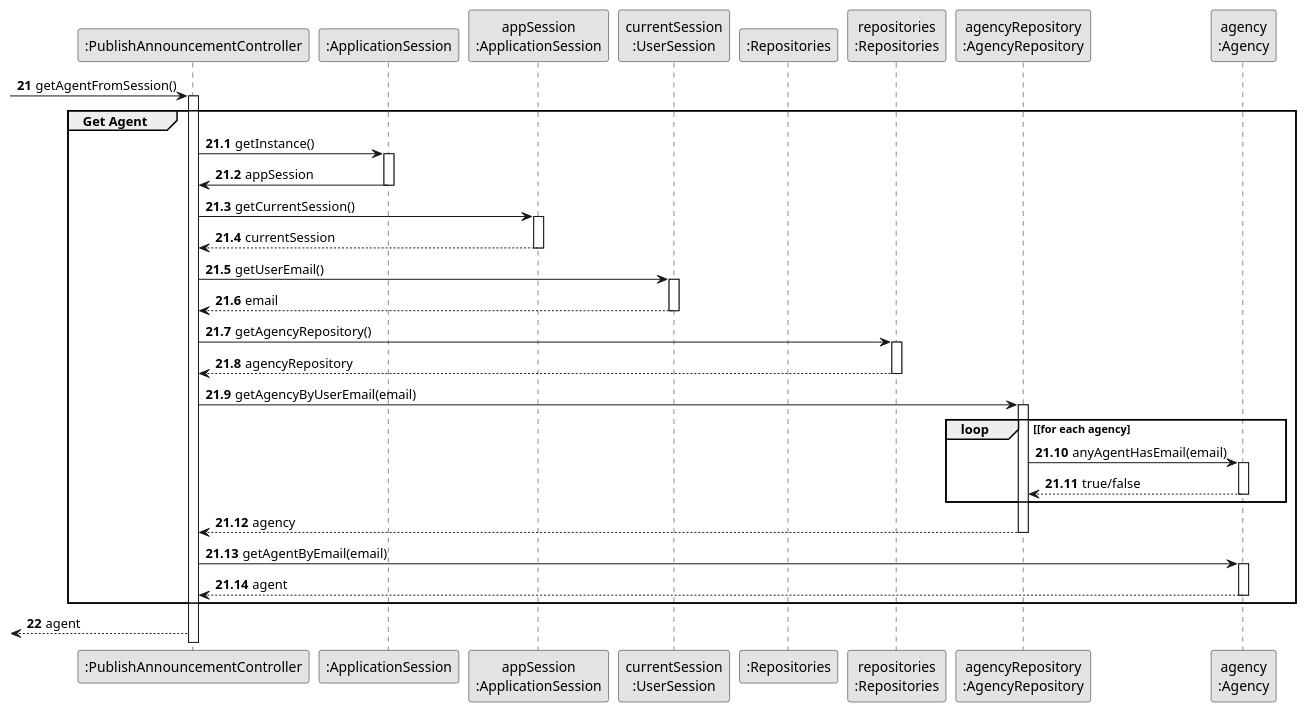
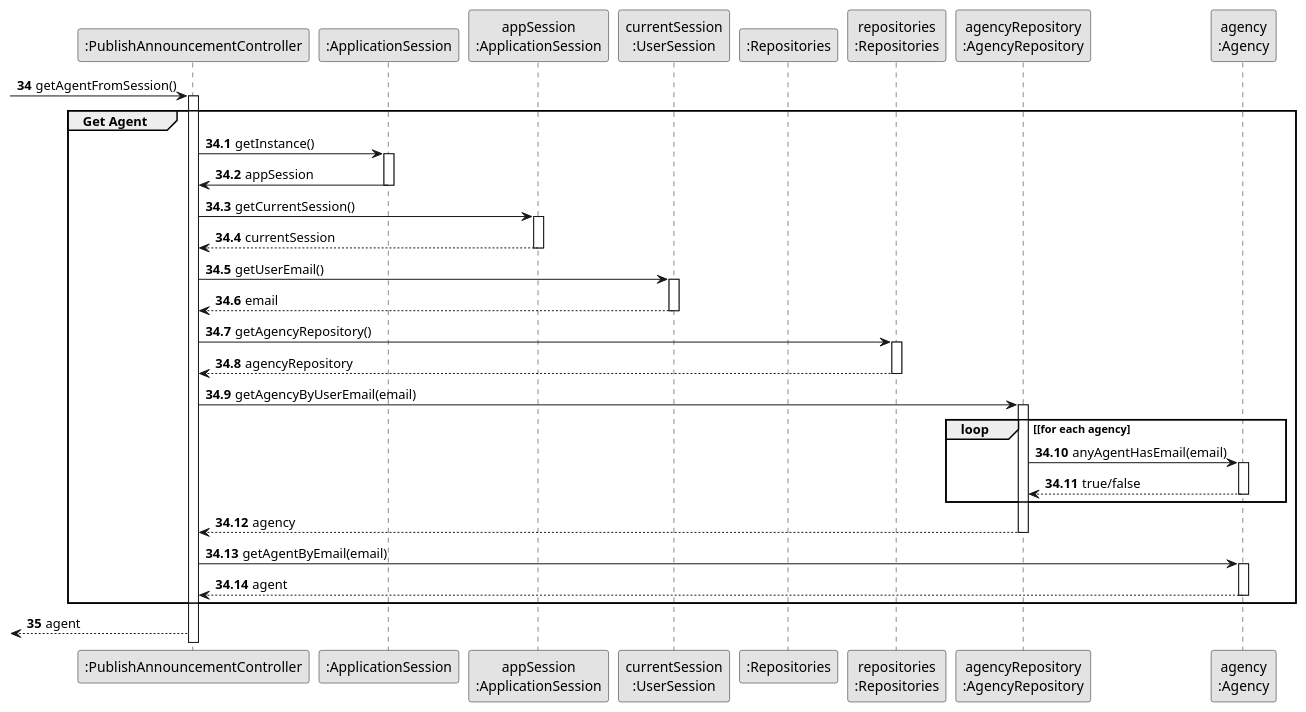
Before and after one commit to rita-barbosa/LAPR2-2223: the diagram in docs/sprintB/us002/03.design/puml/us002-sequence-diagram-partial-get-agent.puml, drawn with PlantUML. The commit also changed 8 other files, not shown here.

Commit message:
Update of sequence diagrams [US002][Design]

```diff
--- a/docs/sprintB/us002/03.design/puml/us002-sequence-diagram-partial-get-agent.puml
+++ b/docs/sprintB/us002/03.design/puml/us002-sequence-diagram-partial-get-agent.puml
@@ -1,81 +1,81 @@
 @startuml
 skinparam monochrome true
 skinparam packageStyle rectangle
 skinparam shadowing false\
 
 
 
 participant ":PublishAnnouncementController" as CTRL
 participant ":ApplicationSession" as _APP
 participant "appSession\n:ApplicationSession" as APP
 participant "currentSession\n:UserSession" as SESSION
 participant ":Repositories" as RepositorySingleton
 participant "repositories\n:Repositories" as PLAT
 participant "agencyRepository\n:AgencyRepository" as AgencyRepository
 participant "agency\n:Agency" as AGENCY
 
 
-autonumber 21
+autonumber 34
 
              -> CTRL : getAgentFromSession()
              activate CTRL
 
-autonumber 21.1
+autonumber 34.1
 
     group Get Agent
 
              CTRL -> _APP: getInstance()
              activate _APP
              _APP -> CTRL: appSession
              deactivate _APP
 
 
              CTRL -> APP: getCurrentSession()
              activate APP
 
                  APP --> CTRL: currentSession
              deactivate APP
 
              CTRL -> SESSION: getUserEmail()
              activate SESSION
 
                  SESSION --> CTRL: email
              deactivate SESSION
 
 
              CTRL -> PLAT: getAgencyRepository()
              activate PLAT
 
                  PLAT --> CTRL: agencyRepository
              deactivate PLAT
 
 
              CTRL -> AgencyRepository: getAgencyByUserEmail(email)
              activate AgencyRepository
 
                  loop [for each agency
                      AgencyRepository -> AGENCY : anyAgentHasEmail(email)
                      activate AGENCY
 
                           AGENCY --> AgencyRepository : true/false
                      deactivate AGENCY
                  end
                  AgencyRepository --> CTRL : agency
              deactivate AgencyRepository
 
              CTRL -> AGENCY: getAgentByEmail(email)
              activate AGENCY
 
                  AGENCY --> CTRL : agent
              deactivate AGENCY
 
 
 
 
     end
 
-autonumber 22
+autonumber 35
 
     <-- CTRL : agent
 
 @enduml
```
